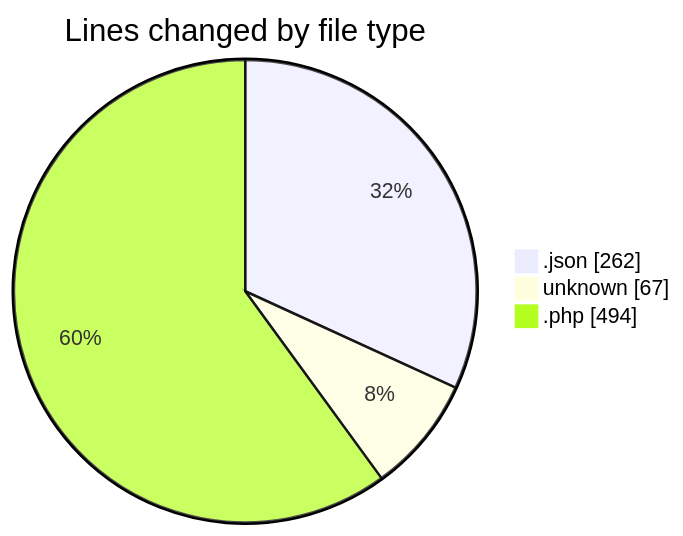
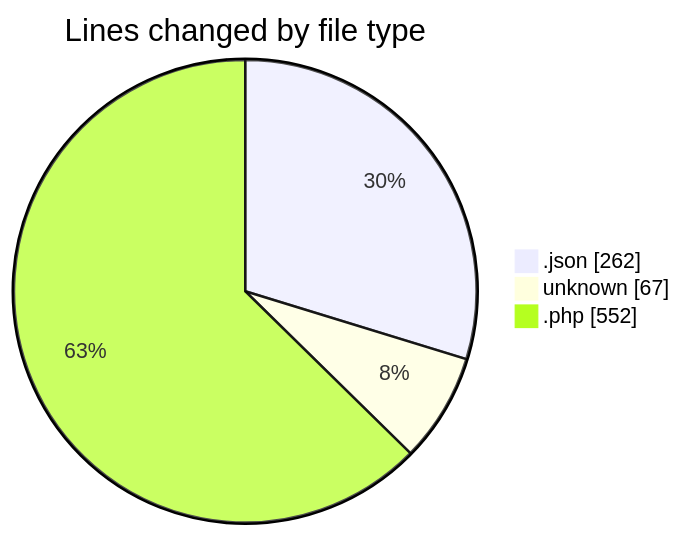
The first of 2 diagrams in 2025-10-05/laravel-penyewaan-lapangan-futsal/README.md (idhammustaqopulfikri/code-tracking), drawn with Mermaid before and after one commit. The commit also changed other lines of this file and 1 other file, not shown here.

````diff
--- a/2025-10-05/laravel-penyewaan-lapangan-futsal/README.md
+++ b/2025-10-05/laravel-penyewaan-lapangan-futsal/README.md
@@ -26,7 +27,7 @@
 ```mermaid
 pie showData
 title Lines changed by file type
 ".json" : 262
 "unknown" : 67
-".php" : 494
+".php" : 552
 ```
````
